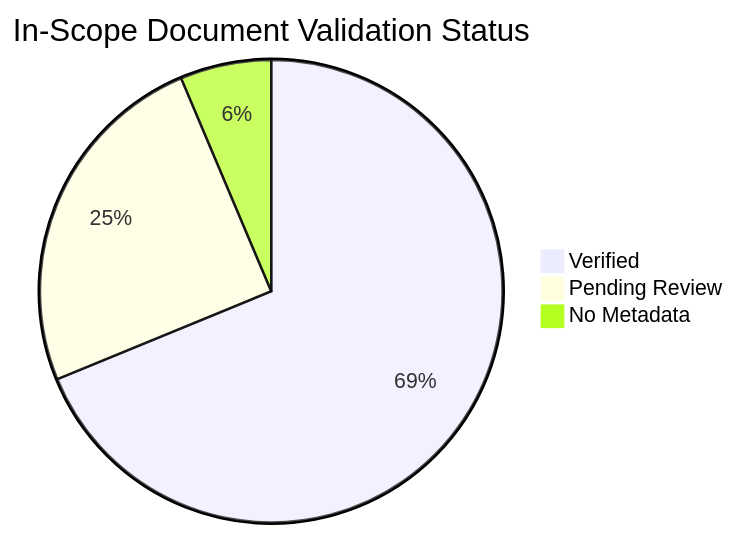
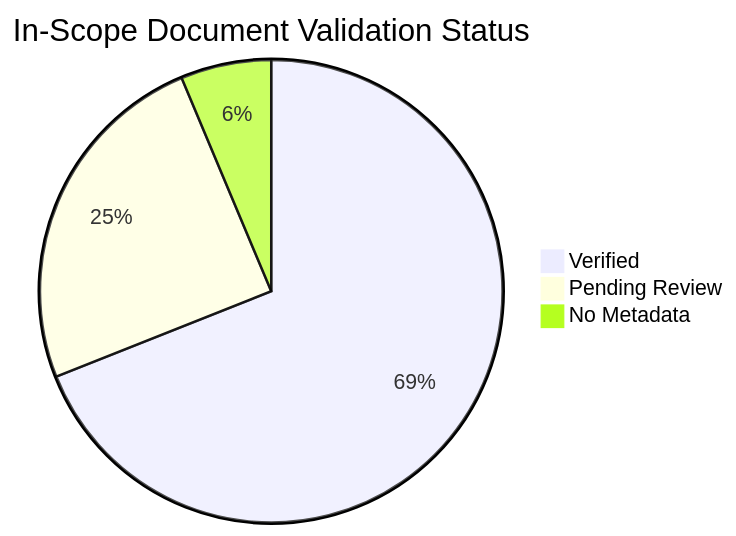
The diagram in docs/reference/content-validation-status.md (yeongseon/azure-container-apps-practical-guide), drawn with Mermaid before and after one commit. The commit also changed other lines of this file and 3 other files, not shown here.

````diff
--- a/docs/reference/content-validation-status.md
+++ b/docs/reference/content-validation-status.md
@@ -25,6 +25,6 @@
 ```mermaid
 pie title In-Scope Document Validation Status
-    "Verified" : 108
+    "Verified" : 109
     "Pending Review" : 39
     "No Metadata" : 10
 ```
````
